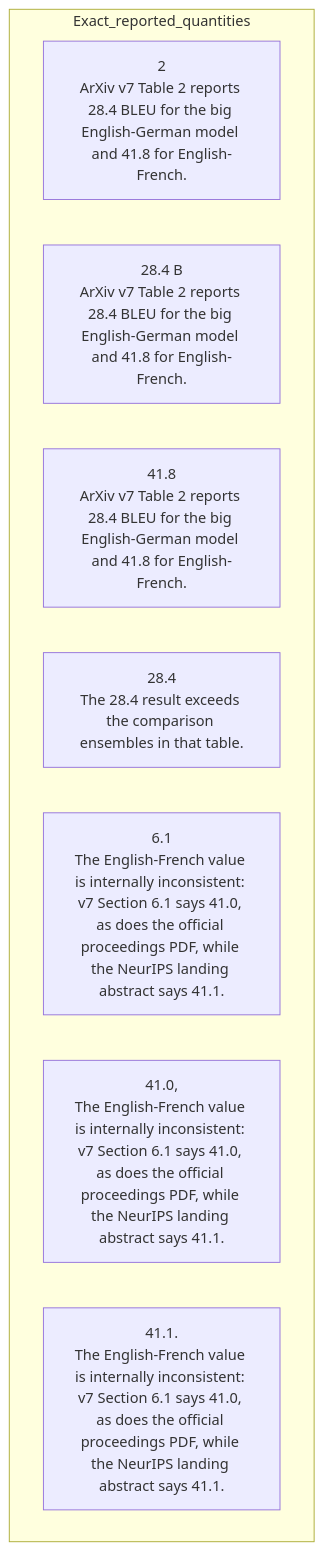
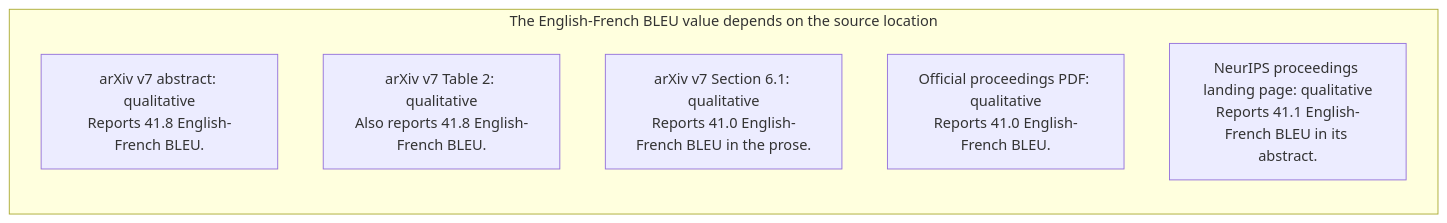
Before and after one commit to Betancourt1/paper_atlas: diagram 33 of 54 in docs/visual-manifests/VISUAL_MANIFEST_ATTENTION_IS_ALL_YOU_NEED.md, drawn with Mermaid. The commit also changed other lines of this file and 7 other files, not shown here.

````diff
--- a/docs/visual-manifests/VISUAL_MANIFEST_ATTENTION_IS_ALL_YOU_NEED.md
+++ b/docs/visual-manifests/VISUAL_MANIFEST_ATTENTION_IS_ALL_YOU_NEED.md
@@ -2684,12 +2631,10 @@
 ```mermaid
-flowchart TB
-  subgraph Exact_reported_quantities
-    q1["2<br/>ArXiv v7 Table 2 reports 28.4 BLEU for the big English-German model and 41.8 for English-French."]
-    q2["28.4 B<br/>ArXiv v7 Table 2 reports 28.4 BLEU for the big English-German model and 41.8 for English-French."]
-    q3["41.8<br/>ArXiv v7 Table 2 reports 28.4 BLEU for the big English-German model and 41.8 for English-French."]
-    q4["28.4<br/>The 28.4 result exceeds the comparison ensembles in that table."]
-    q5["6.1<br/>The English-French value is internally inconsistent: v7 Section 6.1 says 41.0, as does the official proceedings PDF, while the NeurIPS landing abstract says 41.1."]
-    q6["41.0,<br/>The English-French value is internally inconsistent: v7 Section 6.1 says 41.0, as does the official proceedings PDF, while the NeurIPS landing abstract says 41.1."]
-    q7["41.1.<br/>The English-French value is internally inconsistent: v7 Section 6.1 says 41.0, as does the official proceedings PDF, while the NeurIPS landing abstract says 41.1."]
+flowchart LR
+  subgraph p1["The English-French BLEU value depends on the source location"]
+    p1r1["arXiv v7 abstract: qualitative<br/>Reports 41.8 English-French BLEU."]
+    p1r2["arXiv v7 Table 2: qualitative<br/>Also reports 41.8 English-French BLEU."]
+    p1r3["arXiv v7 Section 6.1: qualitative<br/>Reports 41.0 English-French BLEU in the prose."]
+    p1r4["Official proceedings PDF: qualitative<br/>Reports 41.0 English-French BLEU."]
+    p1r5["NeurIPS proceedings landing page: qualitative<br/>Reports 41.1 English-French BLEU in its abstract."]
   end
 ```
````
